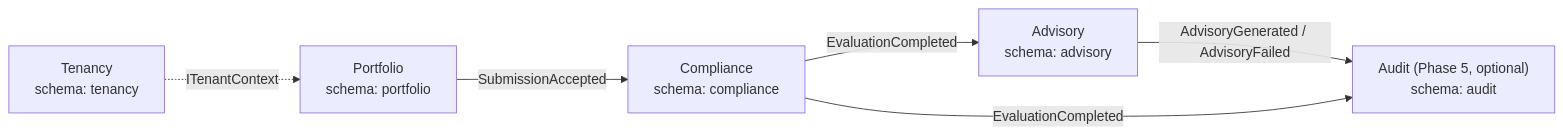
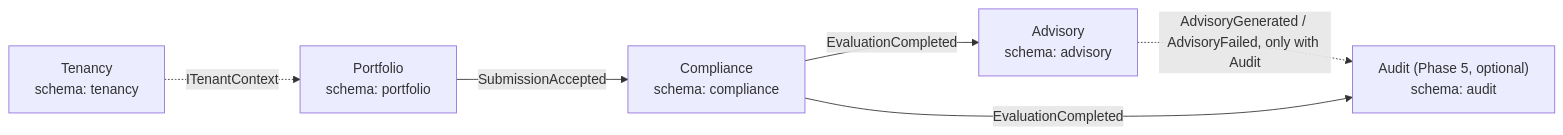
Before and after one commit to marco-soria/finguard: the third of 4 diagrams in docs/architecture/overview.md, drawn with Mermaid. The commit also changed other lines of this file and 63 other files, not shown here.

````diff
--- a/docs/architecture/overview.md
+++ b/docs/architecture/overview.md
@@ -83,14 +83,14 @@
 ```mermaid
 flowchart LR
   tenancy["Tenancy<br/>schema: tenancy"]
   portfolio["Portfolio<br/>schema: portfolio"]
   compliance["Compliance<br/>schema: compliance"]
   advisory["Advisory<br/>schema: advisory"]
   audit["Audit (Phase 5, optional)<br/>schema: audit"]
 
   tenancy -.->|ITenantContext| portfolio
   portfolio -->|SubmissionAccepted| compliance
   compliance -->|EvaluationCompleted| advisory
-  advisory -->|AdvisoryGenerated / AdvisoryFailed| audit
+  advisory -.->|AdvisoryGenerated / AdvisoryFailed, only with Audit| audit
   compliance -->|EvaluationCompleted| audit
 ```
````
